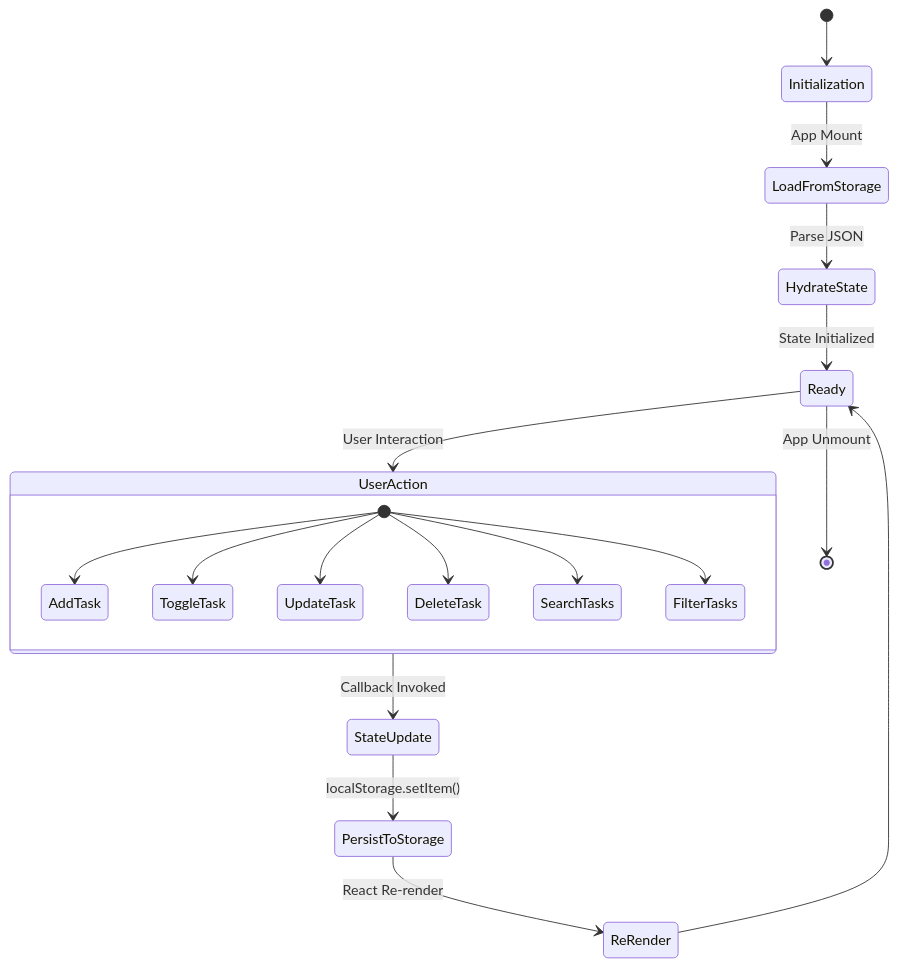
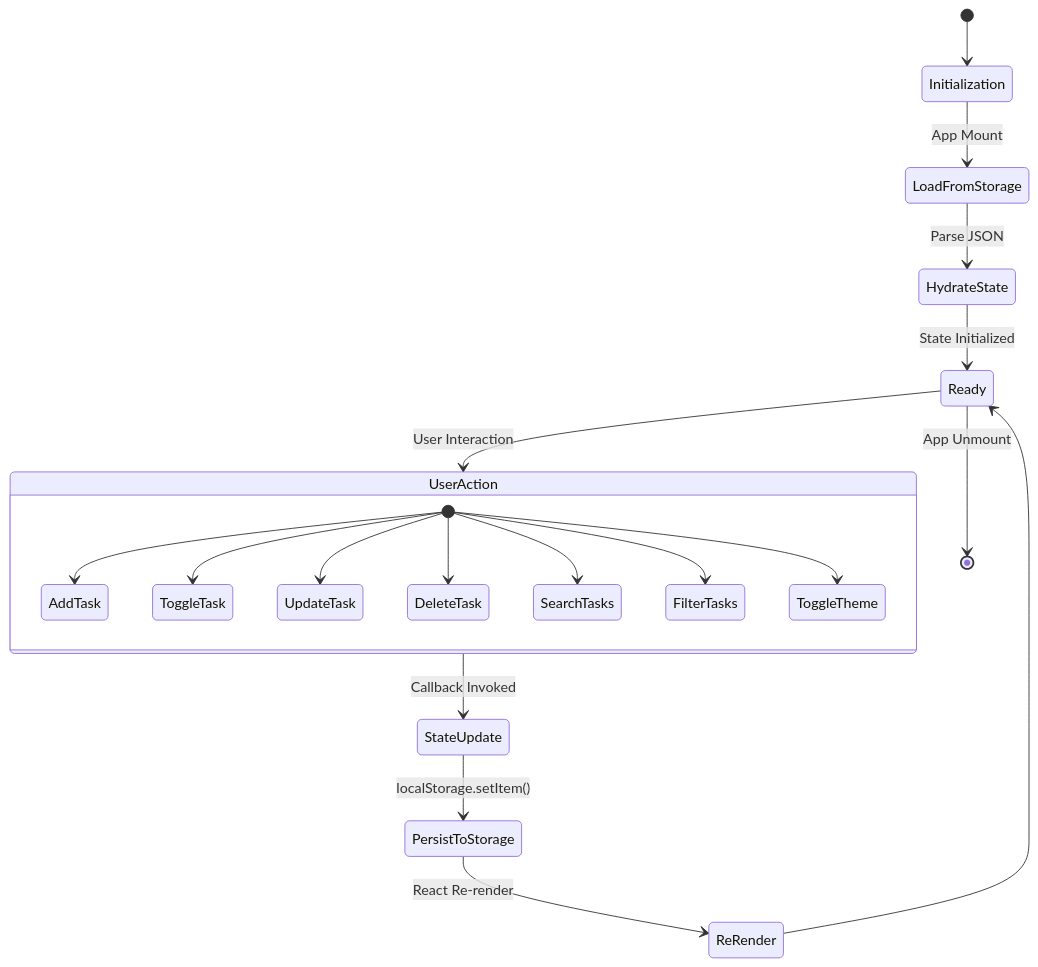
The third of 6 diagrams in docs/ARCHITECTURE.md (Gringo2/zero-task), drawn with Mermaid before and after one commit. The commit also changed other lines of this file and 3 other files, not shown here.

````diff
--- a/docs/ARCHITECTURE.md
+++ b/docs/ARCHITECTURE.md
@@ -83,26 +81,27 @@
 ```mermaid
 stateDiagram-v2
     [*] --> Initialization
     
     Initialization --> LoadFromStorage: App Mount
     LoadFromStorage --> HydrateState: Parse JSON
     HydrateState --> Ready: State Initialized
     
     Ready --> UserAction: User Interaction
     
     state UserAction {
         [*] --> AddTask
         [*] --> ToggleTask
         [*] --> UpdateTask
         [*] --> DeleteTask
         [*] --> SearchTasks
         [*] --> FilterTasks
+        [*] --> ToggleTheme
     }
     
     UserAction --> StateUpdate: Callback Invoked
     StateUpdate --> PersistToStorage: localStorage.setItem()
     PersistToStorage --> ReRender: React Re-render
     ReRender --> Ready
     
     Ready --> [*]: App Unmount
 ```
````
